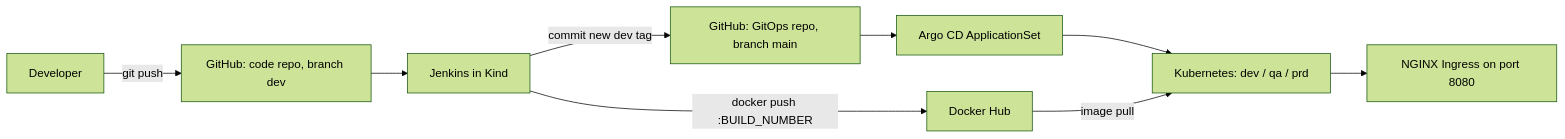
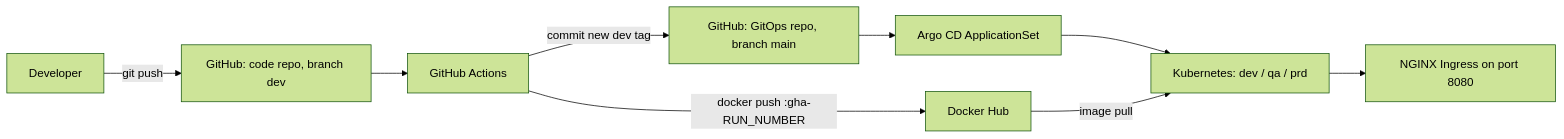
The diagram in README.md (sbaransi/end-to-end-devops-project), drawn with Mermaid (forest theme) before and after one commit. The commit also changed other lines of this file, not shown here.

Commit message:
Document the GitHub Actions CI pipeline in the README

````diff
--- a/README.md
+++ b/README.md
@@ -15,11 +16,11 @@
 ```mermaid
 flowchart LR
     dev[Developer] -->|git push| code[GitHub: code repo, branch dev]
-    code --> jenkins[Jenkins in Kind]
-    jenkins -->|docker push :BUILD_NUMBER| hub[Docker Hub]
-    jenkins -->|commit new dev tag| gitops[GitHub: GitOps repo, branch main]
+    code --> gha[GitHub Actions]
+    gha -->|docker push :gha-RUN_NUMBER| hub[Docker Hub]
+    gha -->|commit new dev tag| gitops[GitHub: GitOps repo, branch main]
     gitops --> argocd[Argo CD ApplicationSet]
     argocd --> k8s[Kubernetes: dev / qa / prd]
     hub -->|image pull| k8s
     k8s --> ingress[NGINX Ingress on port 8080]
 ```
````
